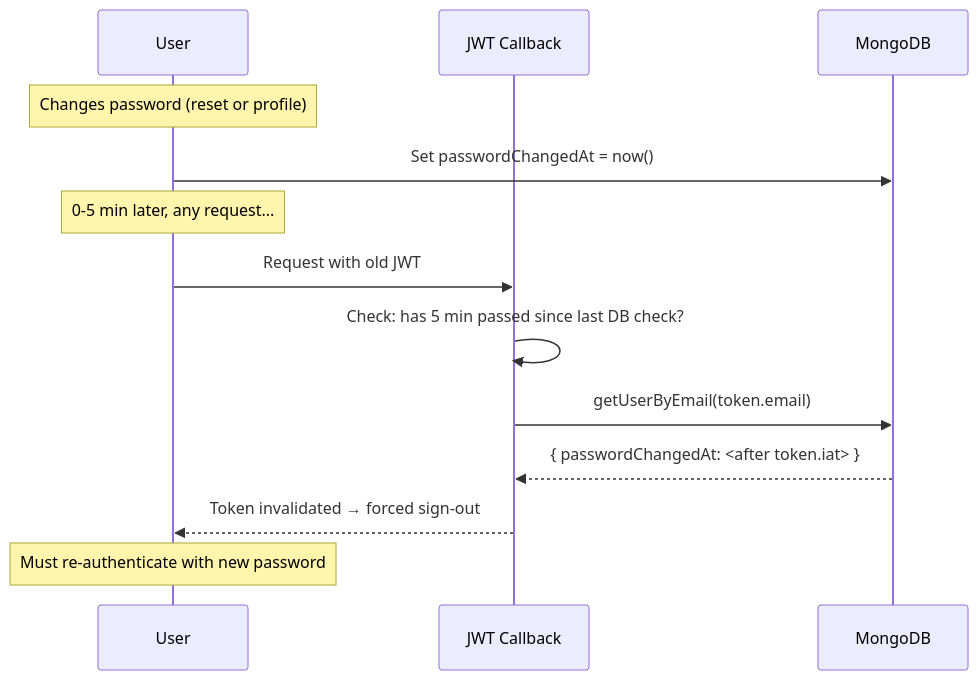
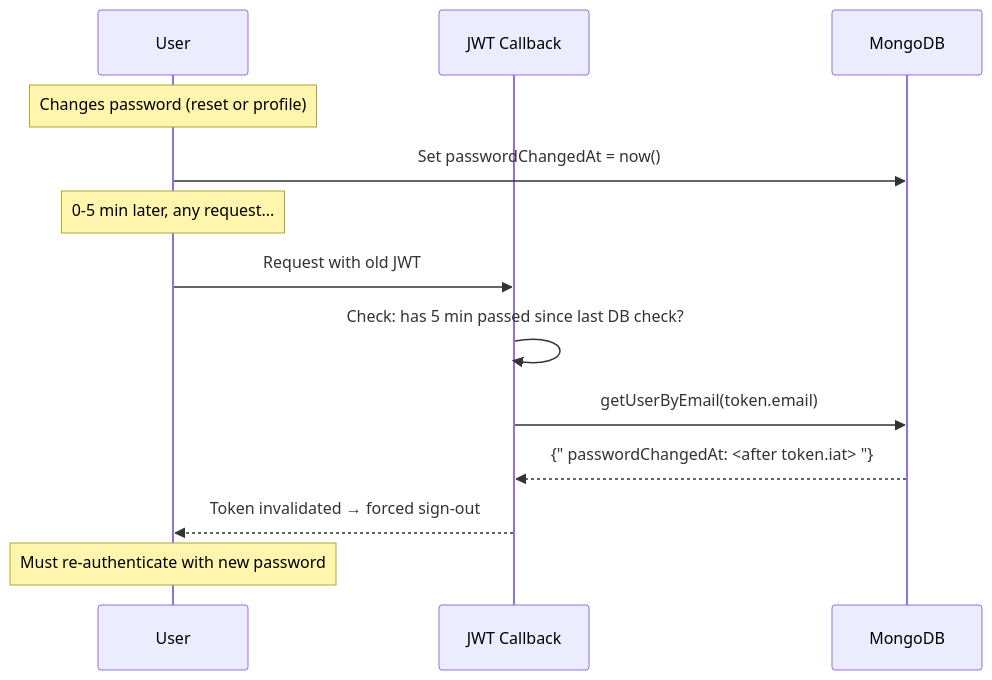
Before and after one commit to ashfakhm/laundry-ease: the third of 3 diagrams in docs/PRESENTATION_HELPER.md, drawn with Mermaid. The commit also changed other lines of this file, not shown here.

````diff
--- a/docs/PRESENTATION_HELPER.md
+++ b/docs/PRESENTATION_HELPER.md
@@ -901,17 +895,15 @@
 ```mermaid
 sequenceDiagram
     participant User
     participant JWT Callback
     participant MongoDB
-
     Note over User: Changes password (reset or profile)
     User->>MongoDB: Set passwordChangedAt = now()
-
     Note over User: 0-5 min later, any request...
     User->>JWT Callback: Request with old JWT
     JWT Callback->>JWT Callback: Check: has 5 min passed since last DB check?
     JWT Callback->>MongoDB: getUserByEmail(token.email)
-    MongoDB-->>JWT Callback: { passwordChangedAt: <after token.iat> }
+    MongoDB-->>JWT Callback: {" passwordChangedAt: <after token.iat> "}
     JWT Callback-->>User: Token invalidated → forced sign-out
     Note over User: Must re-authenticate with new password
 ```
````
